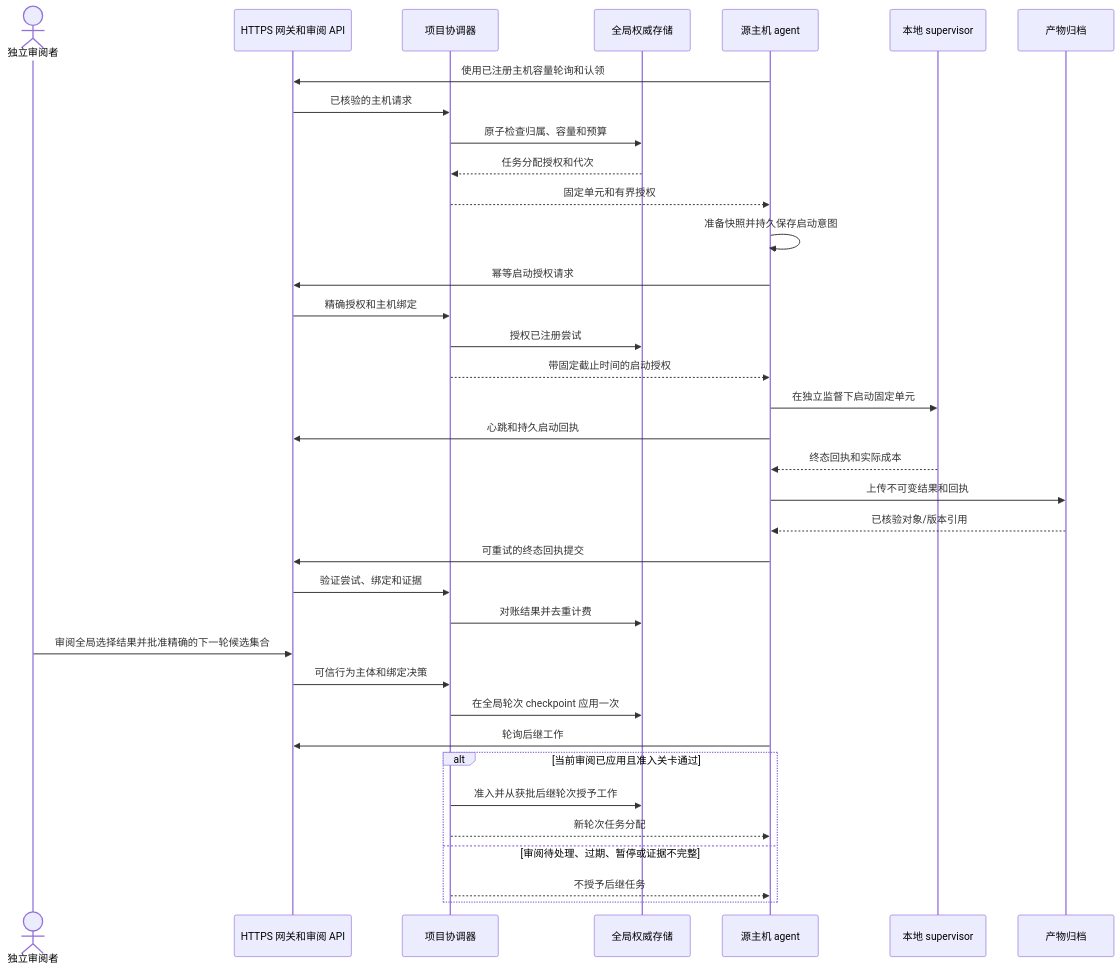
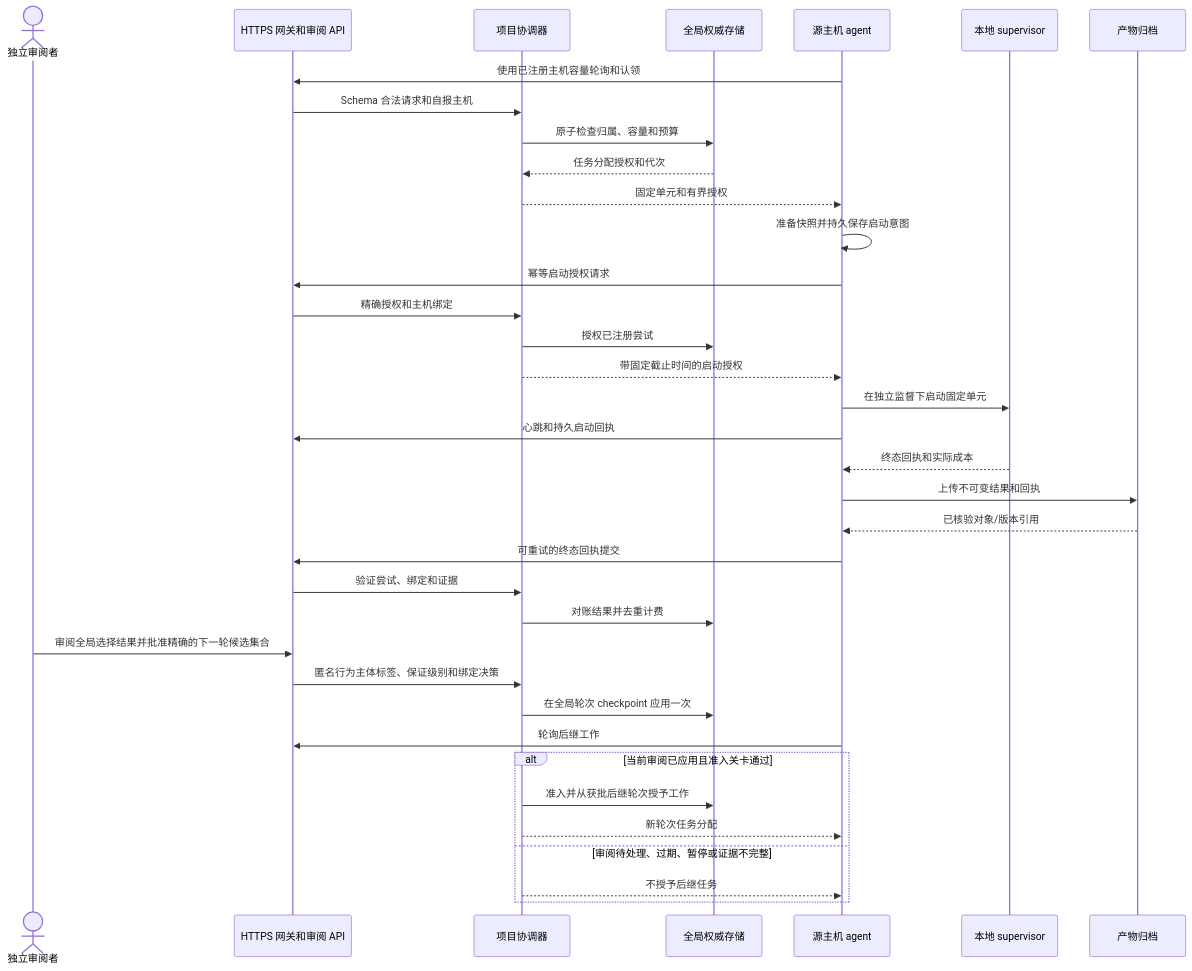
Before and after one commit to hotneutron/autoresearch: the sixth of 7 diagrams in .plan/261028-1205-host-review-dashboard-over-https-zh.md, drawn with Mermaid. The commit also changed other lines of this file and 62 other files, not shown here.

````diff
--- a/.plan/261028-1205-host-review-dashboard-over-https-zh.md
+++ b/.plan/261028-1205-host-review-dashboard-over-https-zh.md
@@ -613,38 +647,38 @@
 ```mermaid
 sequenceDiagram
     actor R as 独立审阅者
     participant H as HTTPS 网关和审阅 API
     participant C as 项目协调器
     participant G as 全局权威存储
     participant A as 源主机 agent
     participant S as 本地 supervisor
     participant O as 产物归档
     A->>H: 使用已注册主机容量轮询和认领
-    H->>C: 已核验的主机请求
+    H->>C: Schema 合法请求和自报主机
     C->>G: 原子检查归属、容量和预算
     G-->>C: 任务分配授权和代次
     C-->>A: 固定单元和有界授权
     A->>A: 准备快照并持久保存启动意图
     A->>H: 幂等启动授权请求
     H->>C: 精确授权和主机绑定
     C->>G: 授权已注册尝试
     C-->>A: 带固定截止时间的启动授权
     A->>S: 在独立监督下启动固定单元
     A->>H: 心跳和持久启动回执
     S-->>A: 终态回执和实际成本
     A->>O: 上传不可变结果和回执
     O-->>A: 已核验对象/版本引用
     A->>H: 可重试的终态回执提交
     H->>C: 验证尝试、绑定和证据
     C->>G: 对账结果并去重计费
     R->>H: 审阅全局选择结果并批准精确的下一轮候选集合
-    H->>C: 可信行为主体和绑定决策
+    H->>C: 匿名行为主体标签、保证级别和绑定决策
     C->>G: 在全局轮次 checkpoint 应用一次
     A->>H: 轮询后继工作
     alt 当前审阅已应用且准入关卡通过
         C->>G: 准入并从获批后继轮次授予工作
         C-->>A: 新轮次任务分配
     else 审阅待处理、过期、暂停或证据不完整
         C-->>A: 不授予后继任务
     end
 ```
````
